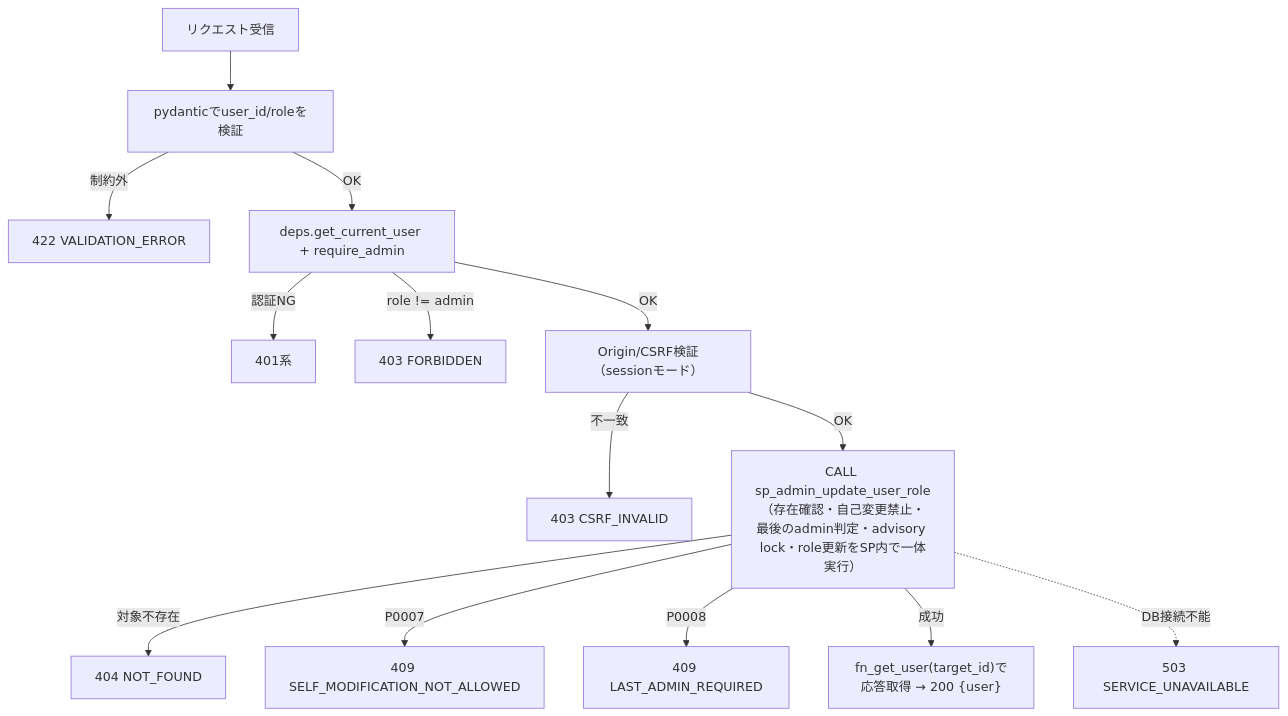
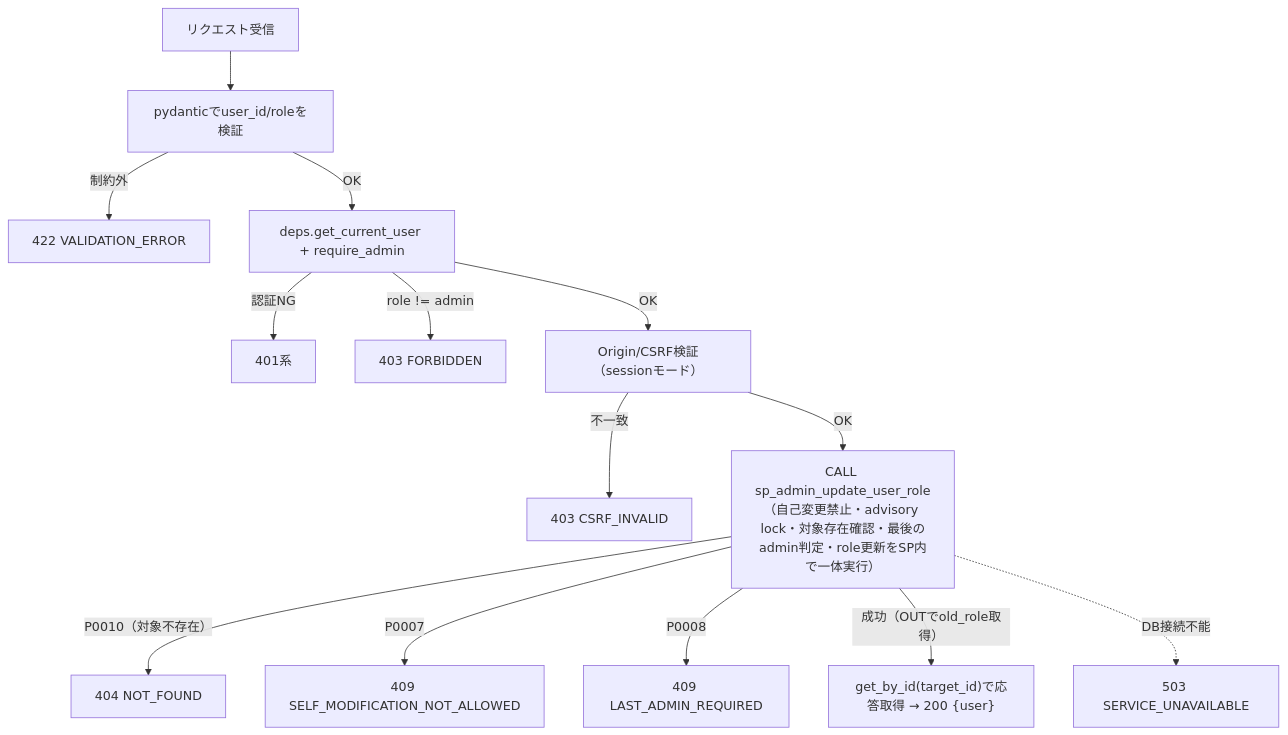
One commit to oikawa-d/task_management changed the second of 4 diagrams in docs/detailed_design/api/admin/02_patch_admin_user_role.md. Above: the diagram before and after it, drawn with Mermaid. The commit also changed other lines of this file and 28 other files, not shown here.

````diff
--- a/docs/detailed_design/api/admin/02_patch_admin_user_role.md
+++ b/docs/detailed_design/api/admin/02_patch_admin_user_role.md
@@ -139,16 +140,16 @@
 ```mermaid
 flowchart TB
     A["リクエスト受信"] --> B["pydanticでuser_id/roleを検証"]
     B -->|"制約外"| B1["422 VALIDATION_ERROR"]
     B -->|"OK"| C["deps.get_current_user + require_admin"]
     C -->|"認証NG"| C1["401系"]
     C -->|"role != admin"| C2["403 FORBIDDEN"]
     C -->|"OK"| D["Origin/CSRF検証（sessionモード）"]
     D -->|"不一致"| D1["403 CSRF_INVALID"]
-    D -->|"OK"| I["CALL sp_admin_update_user_role<br/>（存在確認・自己変更禁止・最後のadmin判定・advisory lock・role更新をSP内で一体実行）"]
-    I -->|"対象不存在"| E1["404 NOT_FOUND"]
+    D -->|"OK"| I["CALL sp_admin_update_user_role<br/>（自己変更禁止・advisory lock・対象存在確認・最後のadmin判定・role更新をSP内で一体実行）"]
+    I -->|"P0010（対象不存在）"| E1["404 NOT_FOUND"]
     I -->|"P0007"| F1["409 SELF_MODIFICATION_NOT_ALLOWED"]
     I -->|"P0008"| H1["409 LAST_ADMIN_REQUIRED"]
-    I -->|"成功"| J["fn_get_user(target_id)で応答取得 → 200 {user}"]
+    I -->|"成功（OUTでold_role取得）"| J["get_by_id(target_id)で応答取得 → 200 {user}"]
     I -.->|"DB接続不能"| K["503 SERVICE_UNAVAILABLE"]
 ```
````
